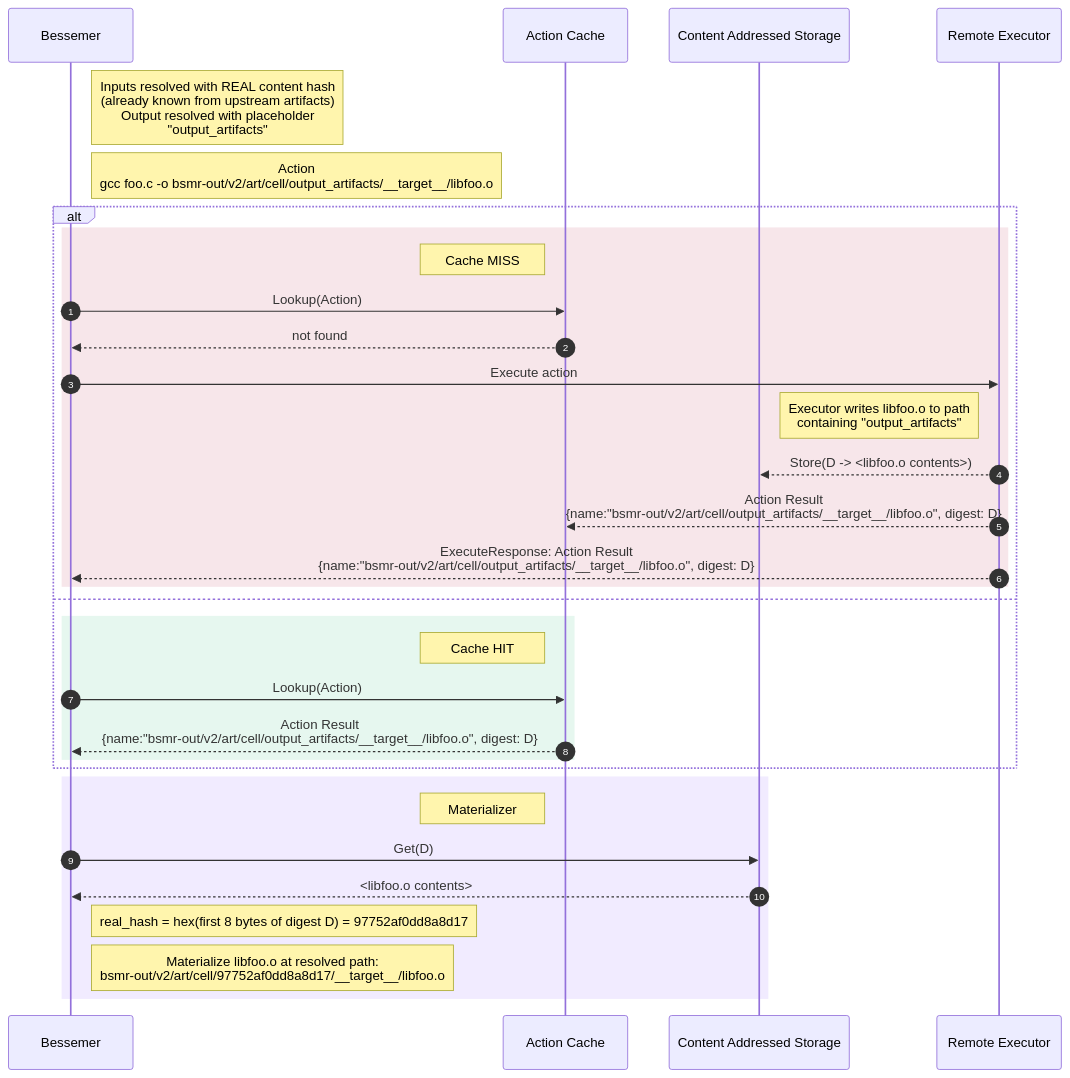
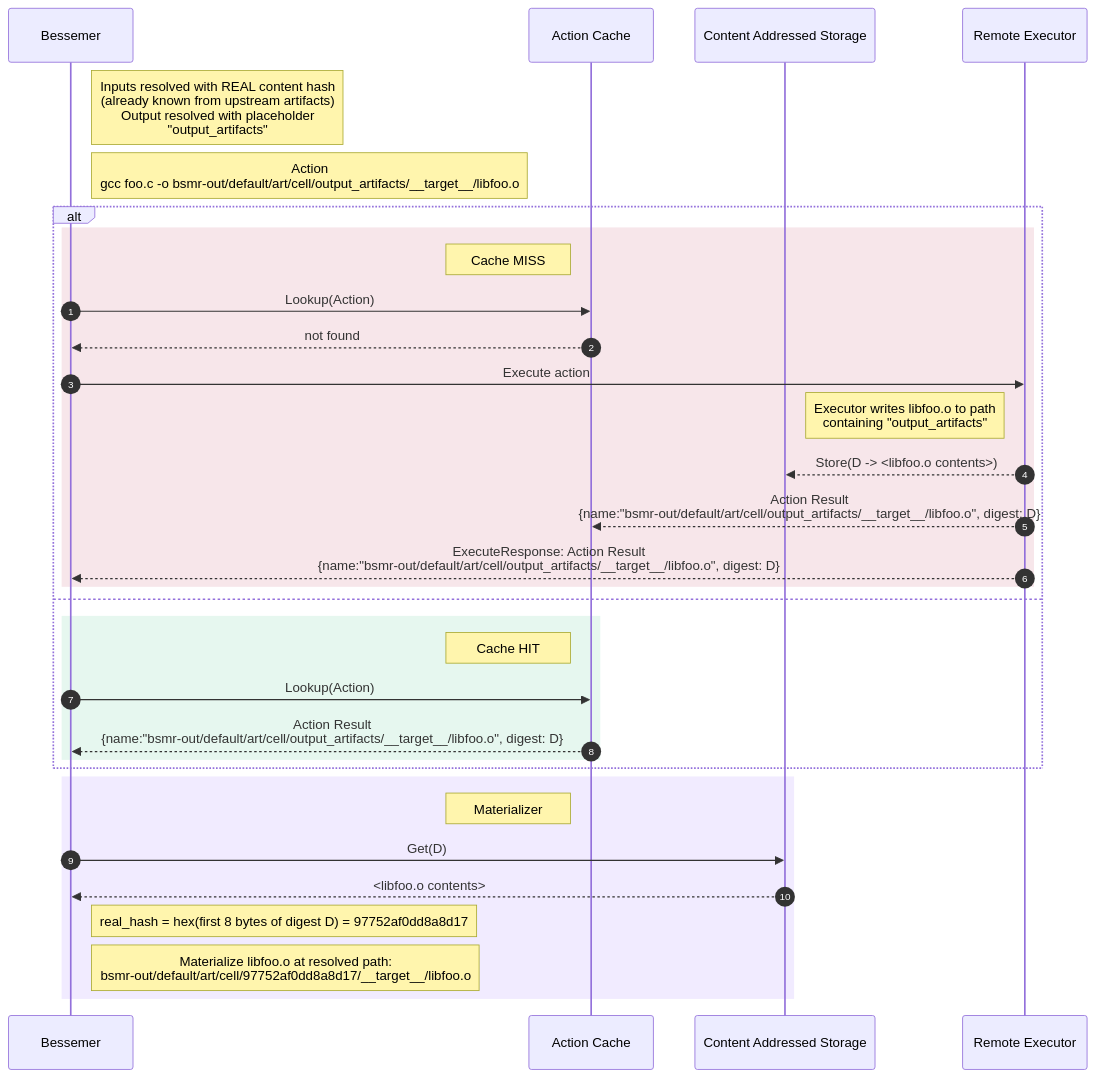
One commit to dedalus-labs/bsmr changed the first of 4 diagrams in docs/rule_authors/content_based_paths.md. Above: the diagram before and after it, drawn with Mermaid. The commit also changed other lines of this file and 4061 other files, not shown here.

````diff
--- a/docs/rule_authors/content_based_paths.md
+++ b/docs/rule_authors/content_based_paths.md
@@ -126,35 +126,35 @@
 ```mermaid
 sequenceDiagram
     autonumber
     participant B as Bessemer
     participant AC as Action Cache
     participant CAS as Content Addressed Storage
     participant RE as Remote Executor
     Note right of B: Inputs resolved with REAL content hash<br/>(already known from upstream artifacts)<br/>Output resolved with placeholder<br/>"output_artifacts"
-    Note right of B: Action<br/>gcc foo.c -o bsmr-out/v2/art/cell/output_artifacts/__target__/libfoo.o
+    Note right of B: Action<br/>gcc foo.c -o bsmr-out/default/art/cell/output_artifacts/__target__/libfoo.o
     alt
         rect rgb(247 230 234)
         Note left of AC: Cache MISS
         B->>AC: Lookup(Action)
         AC-->>B: not found
         B->>RE: Execute action
         Note left of RE: Executor writes libfoo.o to path<br/>containing "output_artifacts"
         RE-->>CAS: Store(D -> <libfoo.o contents>)
-        RE-->>AC: Action Result<br/>{name:"bsmr-out/v2/art/cell/output_artifacts/__target__/libfoo.o", digest: D}
-        RE-->>B: ExecuteResponse: Action Result<br/>{name:"bsmr-out/v2/art/cell/output_artifacts/__target__/libfoo.o", digest: D}
+        RE-->>AC: Action Result<br/>{name:"bsmr-out/default/art/cell/output_artifacts/__target__/libfoo.o", digest: D}
+        RE-->>B: ExecuteResponse: Action Result<br/>{name:"bsmr-out/default/art/cell/output_artifacts/__target__/libfoo.o", digest: D}
         end
     else
         rect rgb(230 247 239)
         Note left of AC: Cache HIT
         B->>AC: Lookup(Action)
-        AC-->>B: Action Result<br/>{name:"bsmr-out/v2/art/cell/output_artifacts/__target__/libfoo.o", digest: D}
+        AC-->>B: Action Result<br/>{name:"bsmr-out/default/art/cell/output_artifacts/__target__/libfoo.o", digest: D}
         end
     end
     rect rgb(241 235 255)
     Note left of AC: Materializer
     B->>CAS: Get(D)
     CAS-->>B: <libfoo.o contents>
     Note right of B: real_hash = hex(first 8 bytes of digest D) = 97752af0dd8a8d17
-    Note right of B: Materialize libfoo.o at resolved path:<br/>bsmr-out/v2/art/cell/97752af0dd8a8d17/__target__/libfoo.o
+    Note right of B: Materialize libfoo.o at resolved path:<br/>bsmr-out/default/art/cell/97752af0dd8a8d17/__target__/libfoo.o
     end
 ```
````
